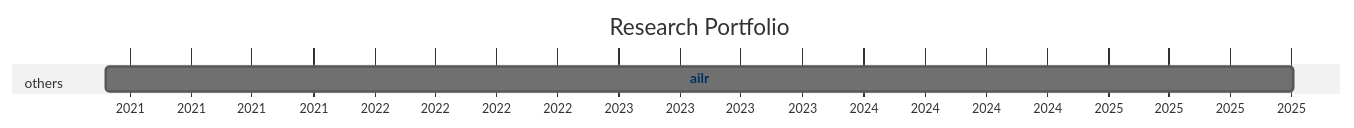
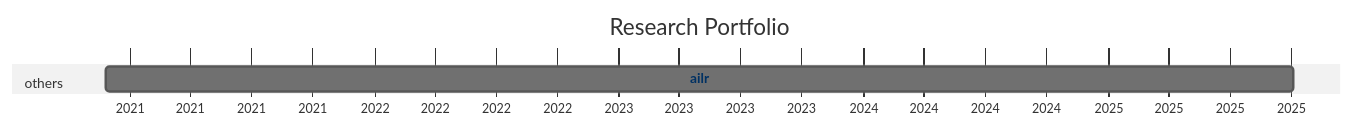
The diagram in docs/20-research/25-projects-gantt.md (digital-work-lab/handbook), drawn with Mermaid (neutral theme) before and after one commit.

Commit message:
Update repository overview

````diff
--- a/docs/20-research/25-projects-gantt.md
+++ b/docs/20-research/25-projects-gantt.md
@@ -8,21 +8,21 @@
 ```mermaid
 ---
 displayMode: compact
 ---
 gantt
 title Research Portfolio
 dateFormat YYYY-MM-DD
 axisFormat %Y
 
     section work_practices
 
     section distributed_organizing
 
     section knowledge_synthesis
 
     section others
-        ailr :ailr, 2020-11-26, 2025-10-04
+        ailr :ailr, 2020-11-26, 2025-10-05
 
 
     click ailr href "{{ site.baseurl }}/docs/10-lab/18-resources/ailr.html"
 ```
````
